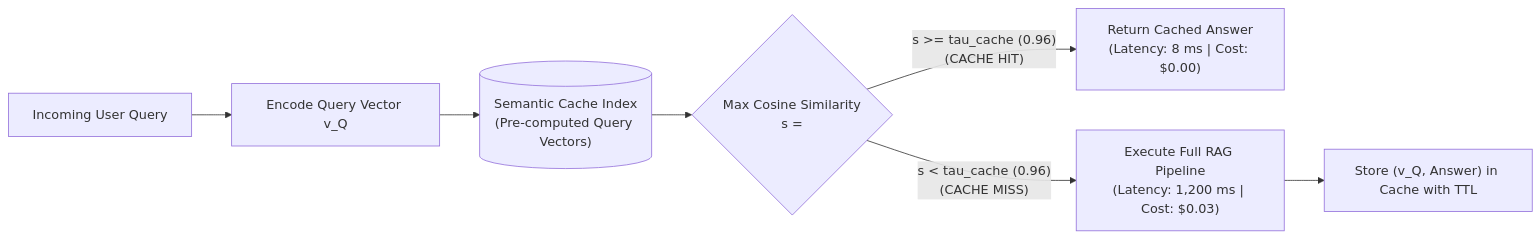
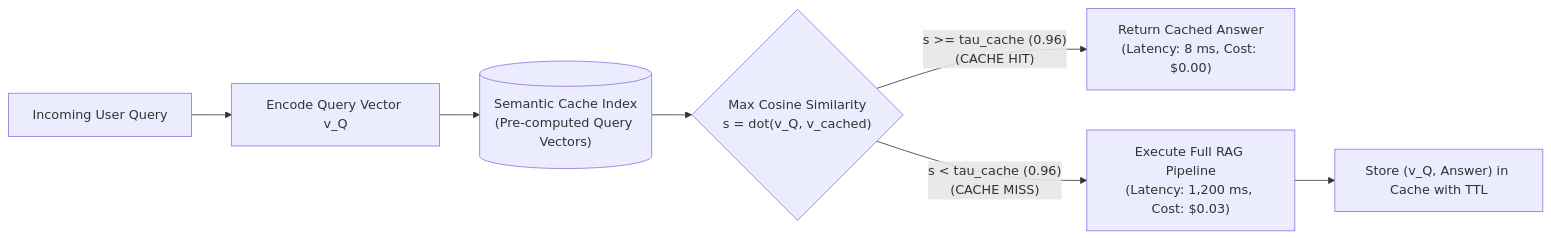
One commit to divyansh070/ml_notes changed the fourth of 5 diagrams in rag-guide/07-evaluation-production.md. Above: the diagram before and after it, drawn with Mermaid. The commit also changed other lines of this file and 8 other files, not shown here.

Commit message:
fix(rag-guide): resolve Mermaid syntax, xychart, and MathJax rendering issues for GitHub

````diff
--- a/rag-guide/07-evaluation-production.md
+++ b/rag-guide/07-evaluation-production.md
@@ -312,11 +312,11 @@
 ```mermaid
 flowchart LR
     Q["Incoming User Query"] --> EMBED["Encode Query Vector v_Q"]
-    EMBED --> CACHE[("Semantic Cache Index<br/>(Pre-computed Query Vectors)")]
+    EMBED --> CACHE[("Semantic Cache Index<br>(Pre-computed Query Vectors)")]
     
-    CACHE --> SIM{"Max Cosine Similarity<br/>s = <v_Q, v_cached>"}
+    CACHE --> SIM{"Max Cosine Similarity<br>s = dot(v_Q, v_cached)"}
     
-    SIM -->|"s >= tau_cache (0.96)<br/>(CACHE HIT)"| RET_CACHE["Return Cached Answer<br/>(Latency: 8 ms | Cost: $0.00)"]
-    SIM -->|"s < tau_cache (0.96)<br/>(CACHE MISS)"| FULL_RAG["Execute Full RAG Pipeline<br/>(Latency: 1,200 ms | Cost: $0.03)"]
+    SIM -->|"s >= tau_cache (0.96)<br>(CACHE HIT)"| RET_CACHE["Return Cached Answer<br>(Latency: 8 ms, Cost: $0.00)"]
+    SIM -->|"s < tau_cache (0.96)<br>(CACHE MISS)"| FULL_RAG["Execute Full RAG Pipeline<br>(Latency: 1,200 ms, Cost: $0.03)"]
     FULL_RAG --> STORE["Store (v_Q, Answer) in Cache with TTL"]
 ```
````
